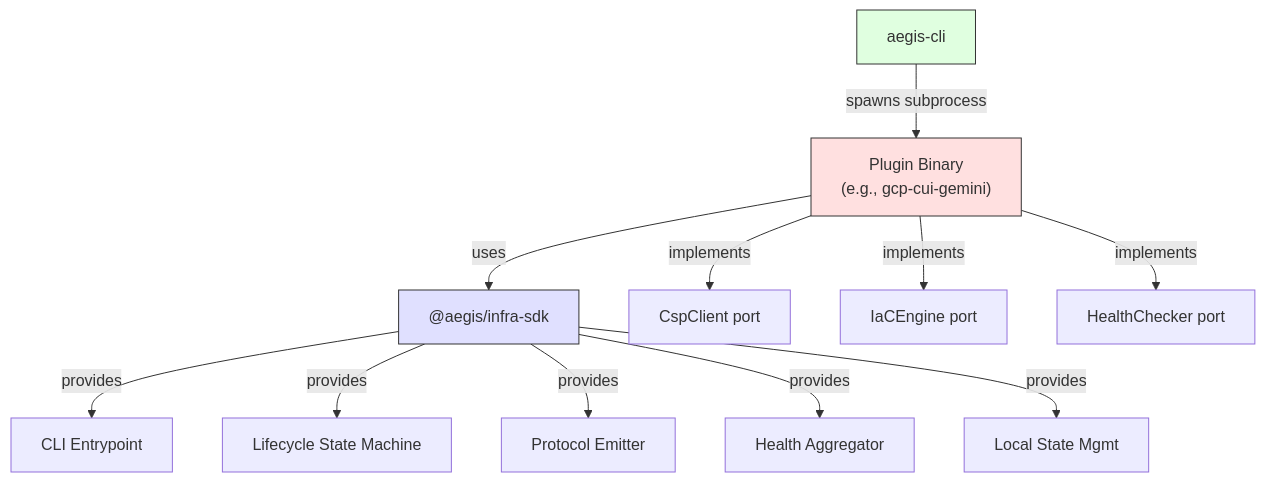
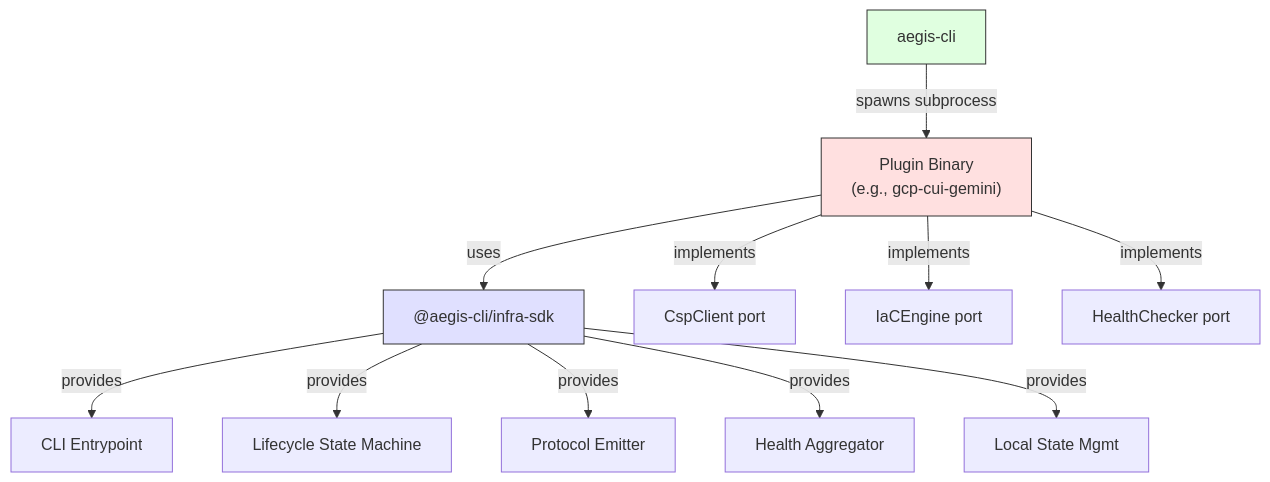
The diagram in README.md (rtmx-ai/aegis-infra-sdk), drawn with Mermaid before and after one commit. The commit also changed other lines of this file and 10 other files, not shown here.

First line of the commit message:
Rename npm scope from @aegis to @aegis-cli

````diff
--- a/README.md
+++ b/README.md
@@ -12,17 +12,17 @@
 ```mermaid
 graph TD
     A[aegis-cli] -->|spawns subprocess| B["Plugin Binary<br/>(e.g., gcp-cui-gemini)"]
-    B -->|uses| C["@aegis/infra-sdk"]
+    B -->|uses| C["@aegis-cli/infra-sdk"]
     C -->|provides| D[CLI Entrypoint]
     C -->|provides| E[Lifecycle State Machine]
     C -->|provides| F[Protocol Emitter]
     C -->|provides| G[Health Aggregator]
     C -->|provides| H[Local State Mgmt]
     B -->|implements| I[CspClient port]
     B -->|implements| J[IaCEngine port]
     B -->|implements| K[HealthChecker port]
 
     style C fill:#e0e0ff,stroke:#333
     style B fill:#ffe0e0,stroke:#333
     style A fill:#e0ffe0,stroke:#333
 ```
````
